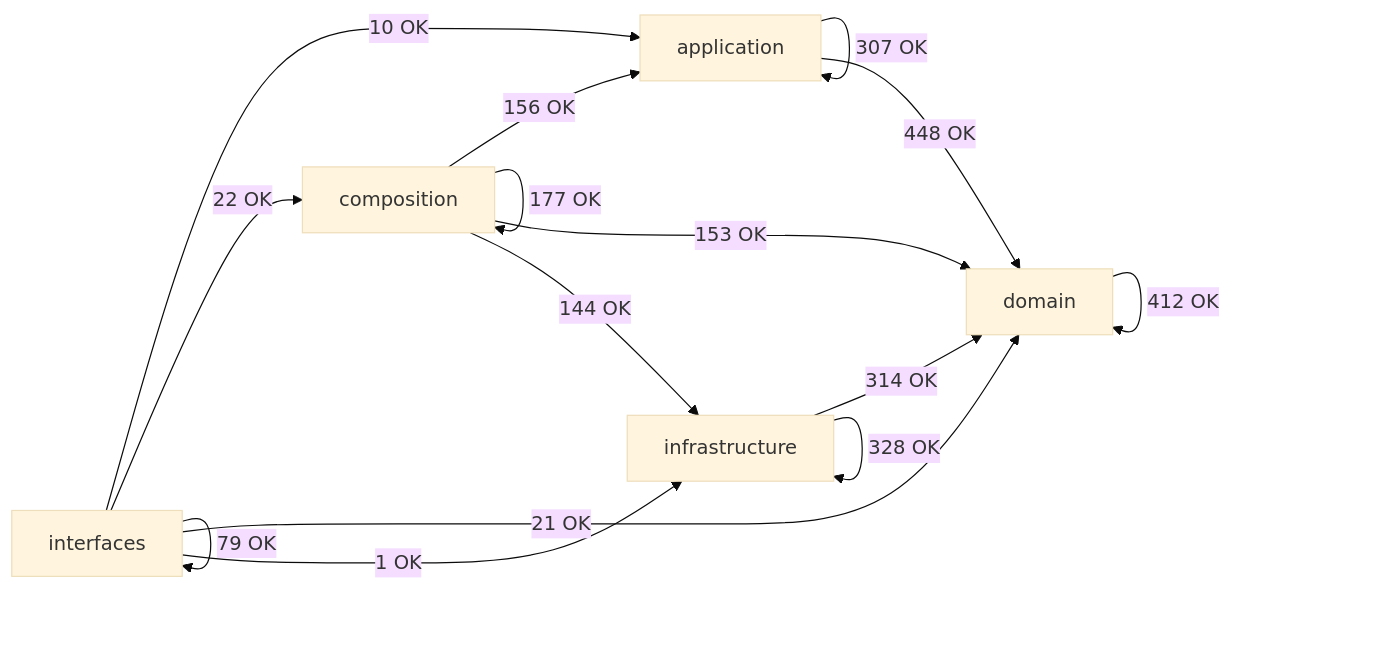
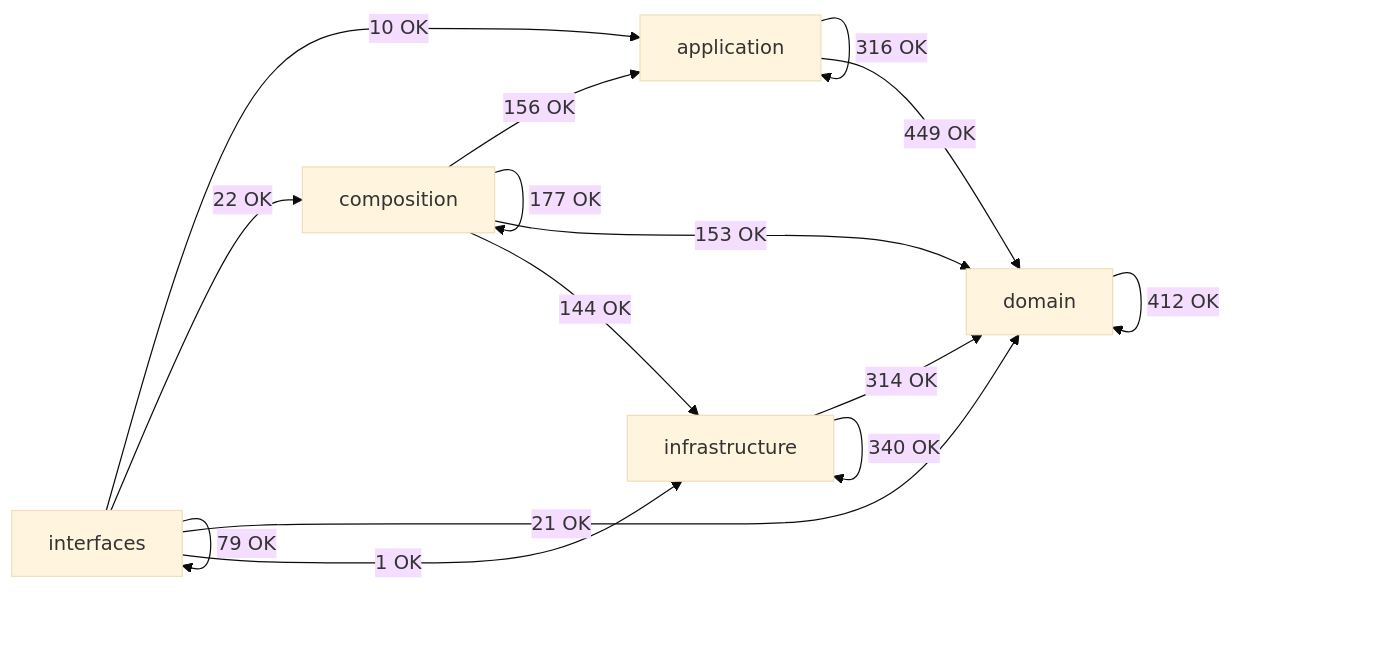
Before and after one commit to SatoryKono/BioactivityDataAcquisition: the diagram in docs/02-architecture/generated/module-dependency-map.md, drawn with Mermaid (base theme). The commit also changed other lines of this file and 13 other files, not shown here.

````diff
--- a/docs/02-architecture/generated/module-dependency-map.md
+++ b/docs/02-architecture/generated/module-dependency-map.md
@@ -15,22 +15,22 @@
 ```mermaid
 flowchart LR
     domain[domain]
     application[application]
     infrastructure[infrastructure]
     composition[composition]
     interfaces[interfaces]
-    application -->|307 OK| application
-    application -->|448 OK| domain
+    application -->|316 OK| application
+    application -->|449 OK| domain
     composition -->|156 OK| application
     composition -->|177 OK| composition
     composition -->|153 OK| domain
     composition -->|144 OK| infrastructure
     domain -->|412 OK| domain
     infrastructure -->|314 OK| domain
-    infrastructure -->|328 OK| infrastructure
+    infrastructure -->|340 OK| infrastructure
     interfaces -->|10 OK| application
     interfaces -->|22 OK| composition
     interfaces -->|21 OK| domain
     interfaces -->|1 OK| infrastructure
     interfaces -->|79 OK| interfaces
 ```
````
